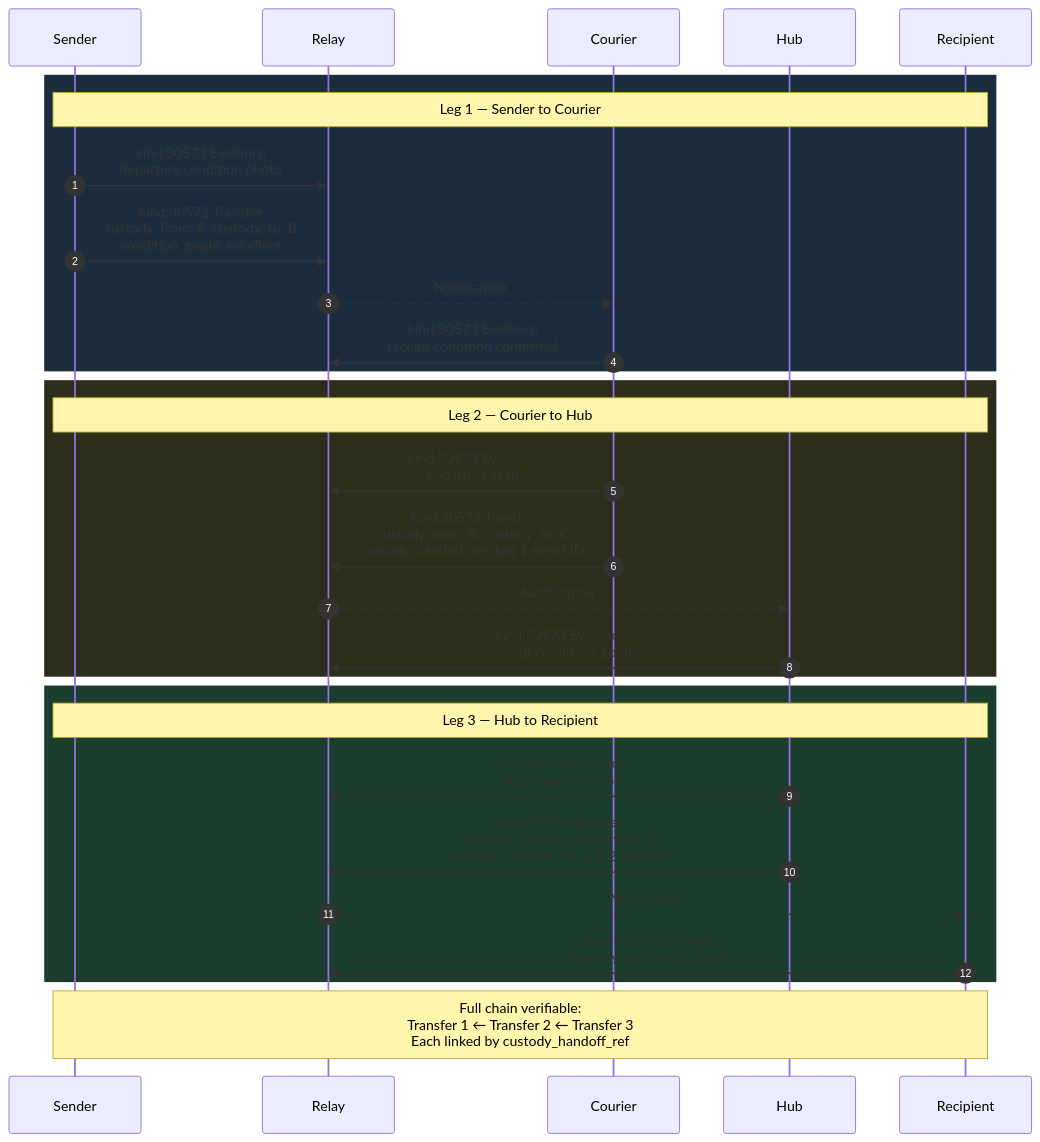
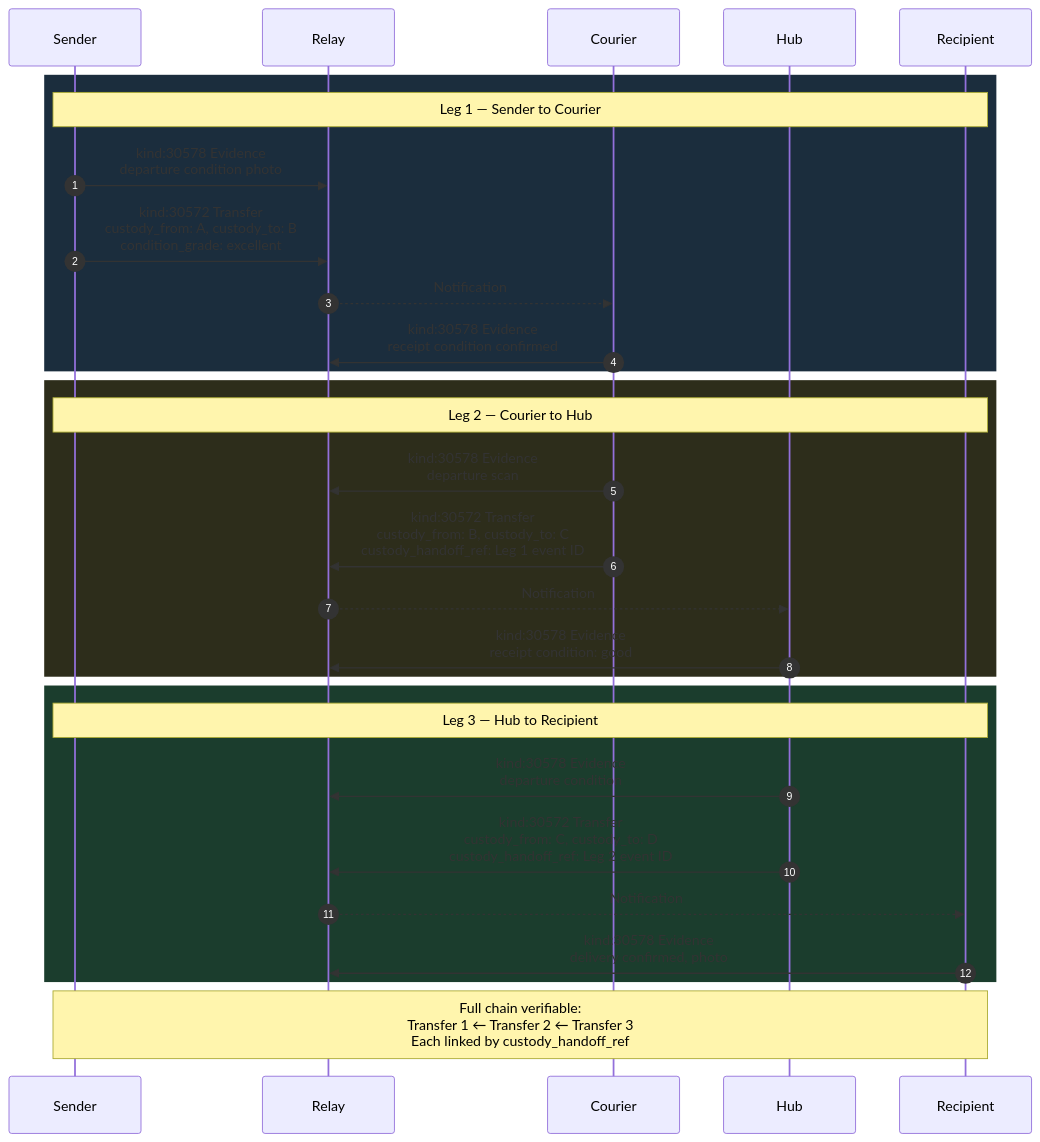
Before and after one commit to forgesworn/nip-drafts: the diagram in NIP-CUSTODY.md, drawn with Mermaid. The commit also changed other lines of this file and 116 other files, not shown here.

````diff
--- a/NIP-CUSTODY.md
+++ b/NIP-CUSTODY.md
@@ -146,35 +201,35 @@
 ```mermaid
 sequenceDiagram
     autonumber
     participant A as Sender
     participant R as Relay
     participant B as Courier
     participant C as Hub
     participant D as Recipient
 
     rect rgb(27, 45, 61)
         Note over A,D: Leg 1 — Sender to Courier
-        A->>R: kind:30573 Evidence<br/>departure condition photo
+        A->>R: kind:30578 Evidence<br/>departure condition photo
         A->>R: kind:30572 Transfer<br/>custody_from: A, custody_to: B<br/>condition_grade: excellent
         R-->>B: Notification
-        B->>R: kind:30573 Evidence<br/>receipt condition confirmed
+        B->>R: kind:30578 Evidence<br/>receipt condition confirmed
     end
 
     rect rgb(45, 45, 27)
         Note over A,D: Leg 2 — Courier to Hub
-        B->>R: kind:30573 Evidence<br/>departure scan
+        B->>R: kind:30578 Evidence<br/>departure scan
         B->>R: kind:30572 Transfer<br/>custody_from: B, custody_to: C<br/>custody_handoff_ref: Leg 1 event ID
         R-->>C: Notification
-        C->>R: kind:30573 Evidence<br/>receipt condition: good
+        C->>R: kind:30578 Evidence<br/>receipt condition: good
     end
 
     rect rgb(27, 61, 45)
         Note over A,D: Leg 3 — Hub to Recipient
-        C->>R: kind:30573 Evidence<br/>departure condition
+        C->>R: kind:30578 Evidence<br/>departure condition
         C->>R: kind:30572 Transfer<br/>custody_from: C, custody_to: D<br/>custody_handoff_ref: Leg 2 event ID
         R-->>D: Notification
-        D->>R: kind:30573 Evidence<br/>delivery confirmed, photo
+        D->>R: kind:30578 Evidence<br/>delivery confirmed, photo
     end
 
     Note over A,D: Full chain verifiable:<br/>Transfer 1 ← Transfer 2 ← Transfer 3<br/>Each linked by custody_handoff_ref
 ```
````
